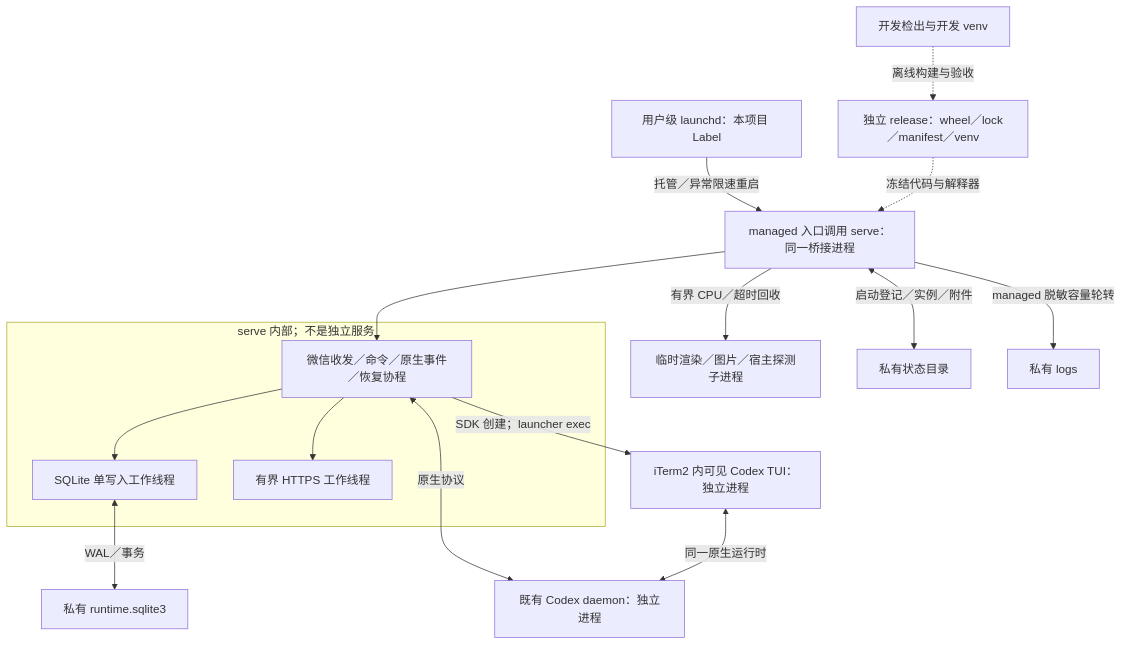
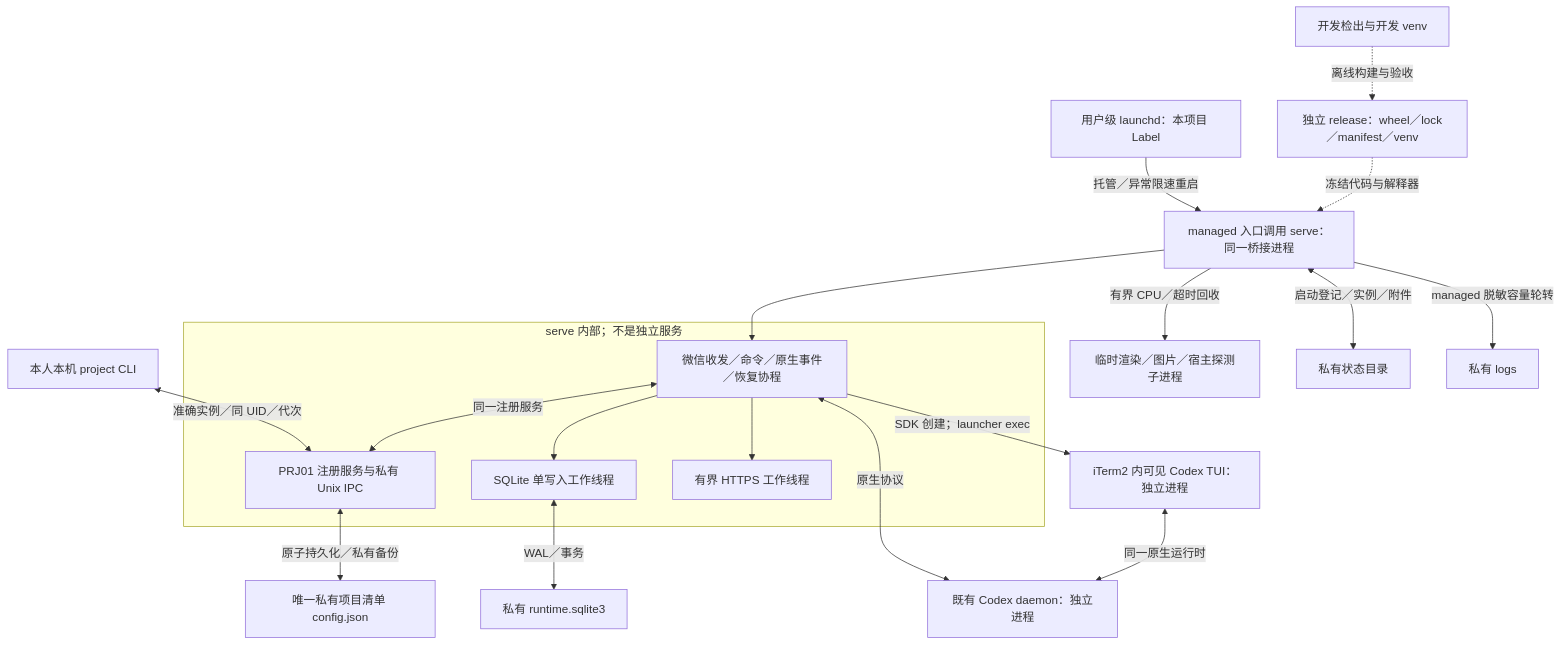
The second of 5 diagrams in docs/architecture-design.md (benarchen/wx-clawbot), drawn with Mermaid before and after one commit. The commit also changed other lines of this file and 40 other files, not shown here.

````diff
--- a/docs/architecture-design.md
+++ b/docs/architecture-design.md
@@ -63,21 +63,25 @@
 ```mermaid
 flowchart TB
   launchd["用户级 launchd：本项目 Label"] -->|"托管／异常限速重启"| serve["managed 入口调用 serve：同一桥接进程"]
   release["独立 release：wheel／lock／manifest／venv"] -.->|"冻结代码与解释器"| serve
   subgraph inside["serve 内部；不是独立服务"]
     loops["微信收发／命令／原生事件／恢复协程"]
+    registry["PRJ01 注册服务与私有 Unix IPC"]
     dbworker["SQLite 单写入工作线程"]
     httpworkers["有界 HTTPS 工作线程"]
   end
   serve --> loops
+  localcli["本人本机 project CLI"] <-->|"准确实例／同 UID／代次"| registry
+  loops <-->|"同一注册服务"| registry
+  registry <-->|"原子持久化／私有备份"| config["唯一私有项目清单 config.json"]
   loops --> dbworker
   loops --> httpworkers
   serve -->|"有界 CPU／超时回收"| helpers["临时渲染／图片／宿主探测子进程"]
   dbworker <-->|"WAL／事务"| ledger["私有 runtime.sqlite3"]
   serve <-->|"启动登记／实例／附件"| state["私有状态目录"]
   serve -->|"managed 脱敏容量轮转"| logs["私有 logs"]
   loops <-->|"原生协议"| daemon["既有 Codex daemon：独立进程"]
   loops -->|"SDK 创建；launcher exec"| tui["iTerm2 内可见 Codex TUI：独立进程"]
   tui <-->|"同一原生运行时"| daemon
   dev["开发检出与开发 venv"] -.->|"离线构建与验收"| release
 ```
````
